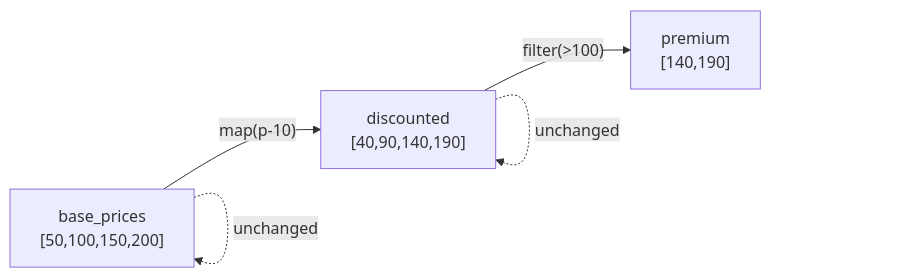
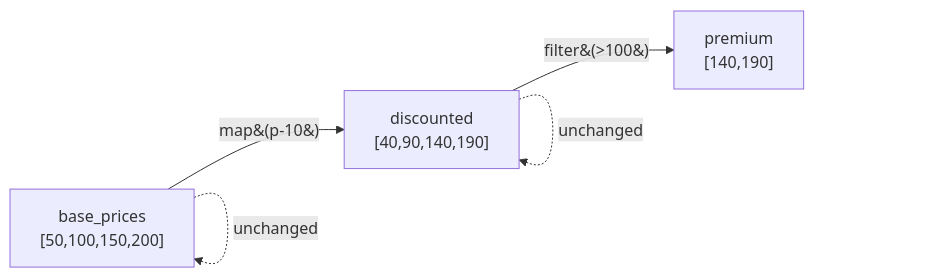
One commit to hsoni92/ml-workbook changed the diagram in bits-pilani/trimester-3/notes/big-data-platforms-and-analytics/week-05/04-immutability-why-rdds-never-change-transcript.md. Above: the diagram before and after it, drawn with Mermaid. The commit also changed 59 other files, not shown here.

````diff
--- a/bits-pilani/trimester-3/notes/big-data-platforms-and-analytics/week-05/04-immutability-why-rdds-never-change-transcript.md
+++ b/bits-pilani/trimester-3/notes/big-data-platforms-and-analytics/week-05/04-immutability-why-rdds-never-change-transcript.md
@@ -28,7 +28,7 @@
 ```mermaid
 flowchart LR
-    A["base_prices\n[50,100,150,200]"] -->|"map(p-10)"| B["discounted\n[40,90,140,190]"]
-    B -->|"filter(>100)"| C["premium\n[140,190]"]
-    A -.->|"unchanged"| A
-    B -.->|"unchanged"| B
+    A["base_prices\n[50,100,150,200]"] -->|map&#40;p-10&#41;| B["discounted\n[40,90,140,190]"]
+    B -->|filter&#40;>100&#41;| C["premium\n[140,190]"]
+    A -.->|unchanged| A
+    B -.->|unchanged| B
 ```
````
